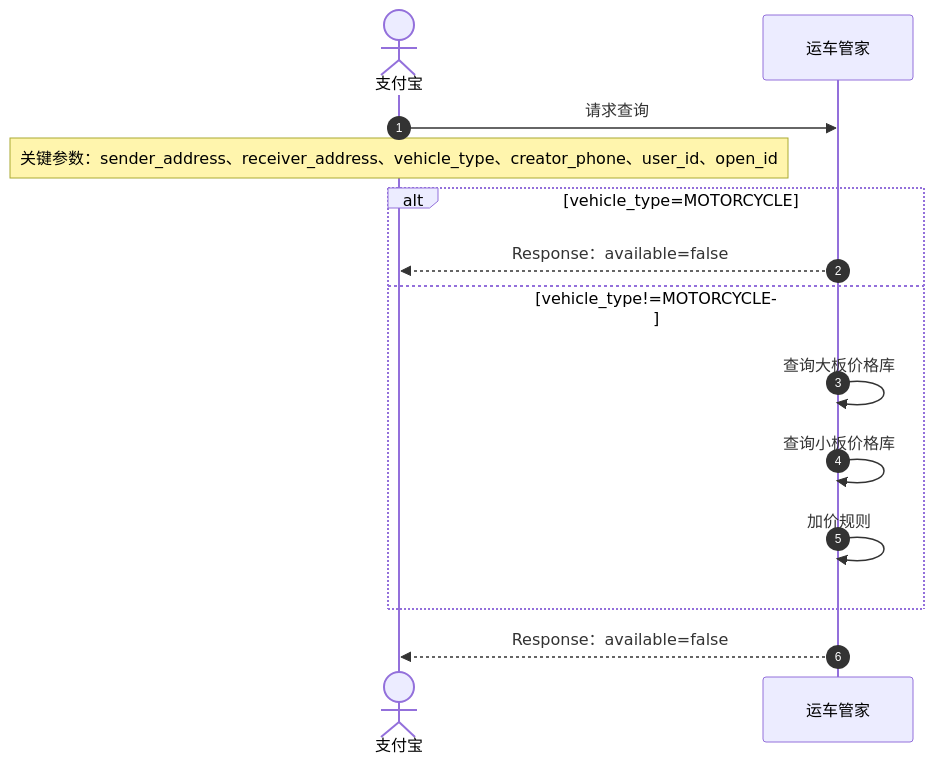
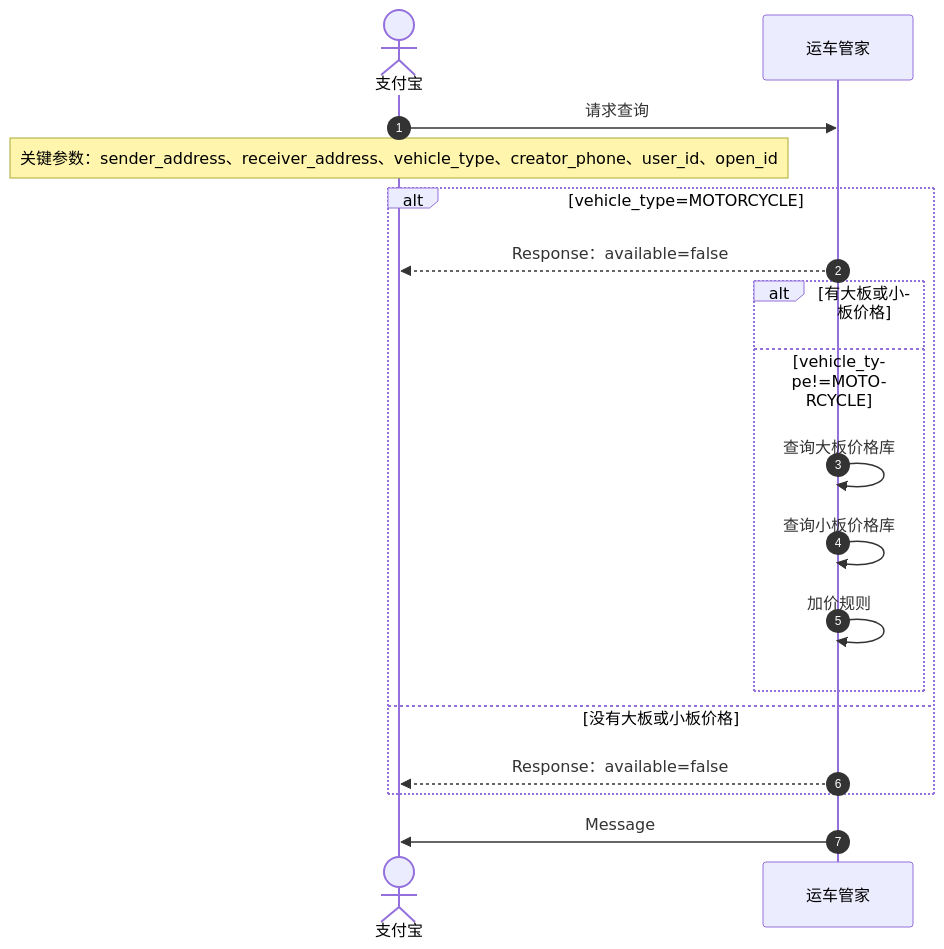
The diagram in notes/运价查询接口_b66f33fe-f22a-4010-b0a8-42139f03c121.md (pingpm/mermaid_vault), drawn with Mermaid before and after one commit. The commit also changed 3 other files, not shown here.

Commit message:
Sync Mermaid Studio data (17 diagrams)

````diff
--- a/notes/运价查询接口_b66f33fe-f22a-4010-b0a8-42139f03c121.md
+++ b/notes/运价查询接口_b66f33fe-f22a-4010-b0a8-42139f03c121.md
@@ -3,17 +3,21 @@
 ```mermaid
 sequenceDiagram
   autonumber
   actor p0 as 支付宝
   participant p1 as 运车管家
   p0->>p1: 请求查询
   Note over p0: 关键参数：sender_address、receiver_address、vehicle_type、creator_phone、user_id、open_id
   alt vehicle_type=MOTORCYCLE
   p1-->>p0: Response：available=false
+  alt 有大板或小板价格
   else vehicle_type!=MOTORCYCLE
   p1->>p1: 查询大板价格库
   p1->>p1: 查询小板价格库
   p1->>p1: 加价规则
   end
+  else 没有大板或小板价格
   p1-->>p0: Response：available=false
+  end
+  p1->>p0: Message
 
 ```
````
